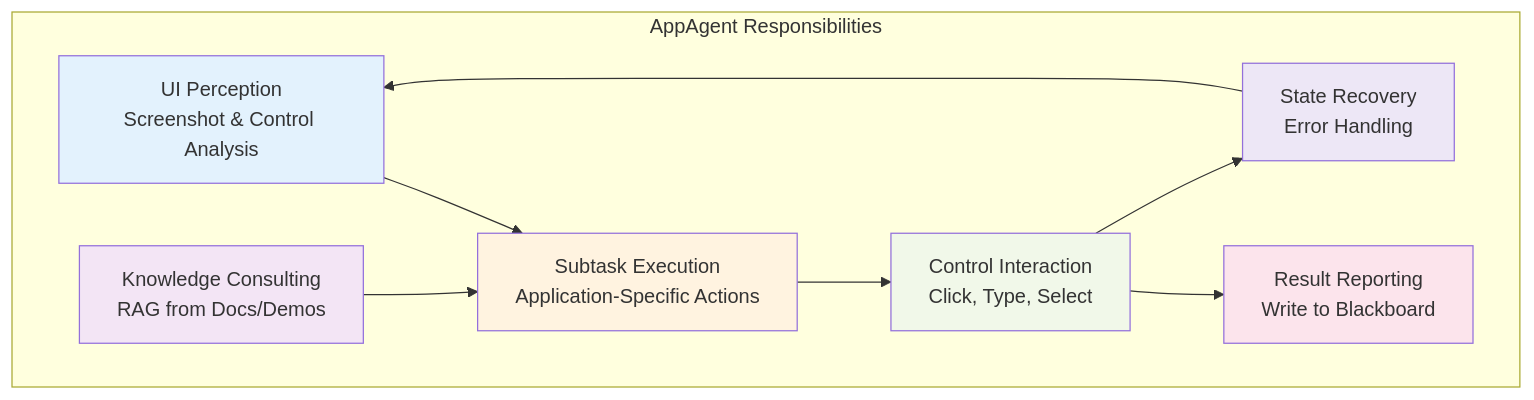
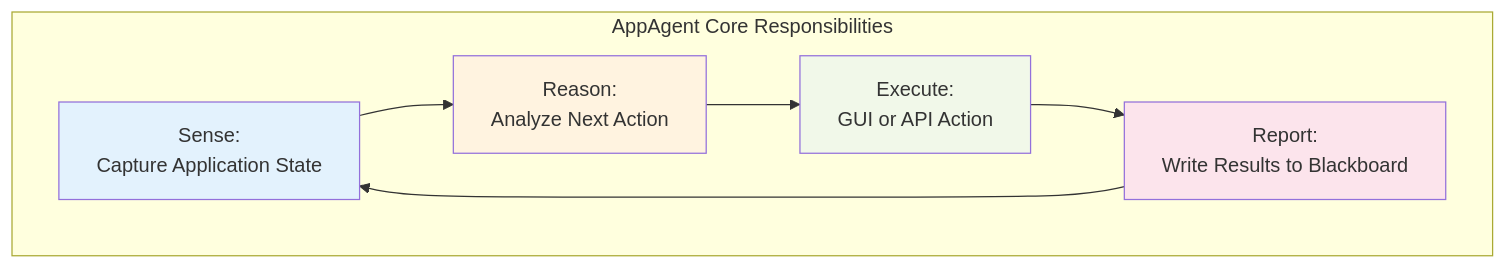
One commit to microsoft/UFO changed the first of 3 diagrams in documents/docs/ufo2/app_agent/overview.md. Above: the diagram before and after it, drawn with Mermaid. The commit also changed other lines of this file and 9 other files, not shown here.

````diff
--- a/documents/docs/ufo2/app_agent/overview.md
+++ b/documents/docs/ufo2/app_agent/overview.md
@@ -18,25 +29,19 @@
 ```mermaid
 graph TB
-    subgraph "AppAgent Responsibilities"
-        UI[UI Perception<br/>Screenshot & Control Analysis]
-        SE[Subtask Execution<br/>Application-Specific Actions]
-        CI[Control Interaction<br/>Click, Type, Select]
-        RR[Result Reporting<br/>Write to Blackboard]
-        KC[Knowledge Consulting<br/>RAG from Docs/Demos]
-        SR[State Recovery<br/>Error Handling]
+    subgraph "AppAgent Core Responsibilities"
+        SR[Sense:<br/>Capture Application State]
+        RE[Reason:<br/>Analyze Next Action]
+        EX[Execute:<br/>GUI or API Action]
+        RP[Report:<br/>Write Results to Blackboard]
     end
     
-    UI --> SE
-    SE --> CI
-    CI --> RR
-    KC --> SE
-    CI --> SR
-    SR --> UI
+    SR --> RE
+    RE --> EX
+    EX --> RP
+    RP --> SR
     
-    style UI fill:#e3f2fd
-    style SE fill:#fff3e0
-    style CI fill:#f1f8e9
-    style RR fill:#fce4ec
-    style KC fill:#f3e5f5
-    style SR fill:#ede7f6
+    style SR fill:#e3f2fd
+    style RE fill:#fff3e0
+    style EX fill:#f1f8e9
+    style RP fill:#fce4ec
 ```
````
